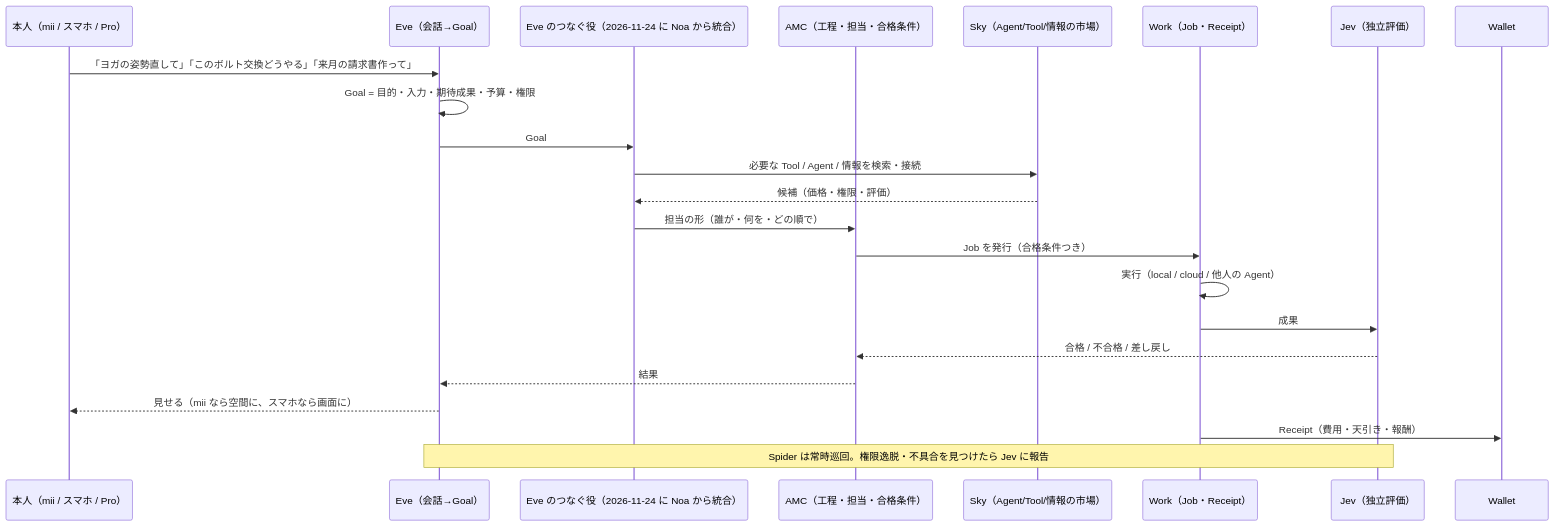
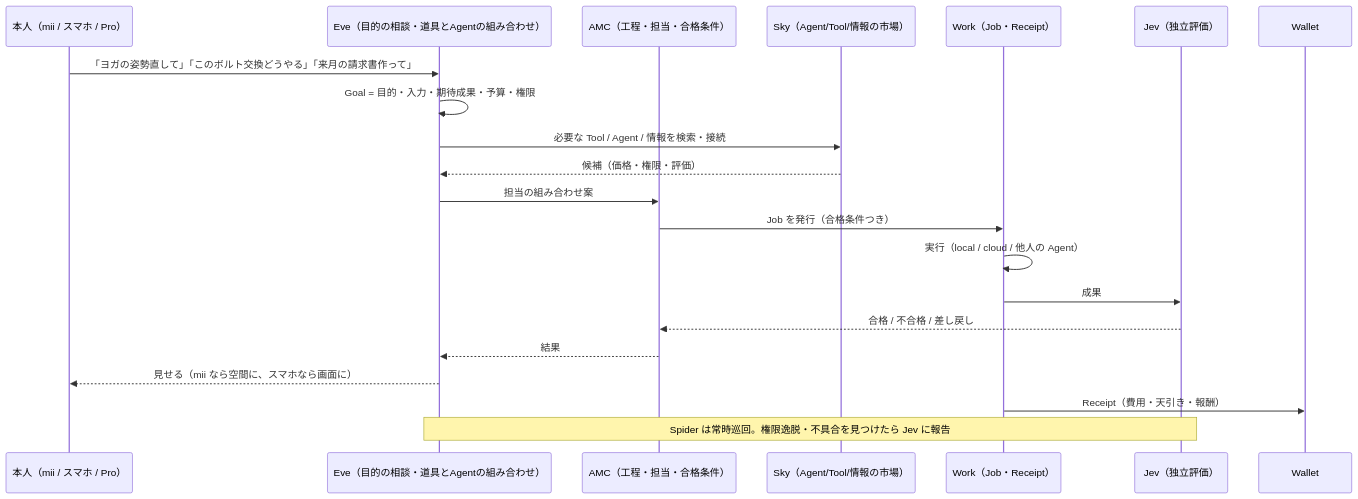
The diagram in docs/structure/04-eve-noa-amc-sky.md (k999ln/rock), drawn with Mermaid before and after one commit. The commit also changed other lines of this file and 4 other files, not shown here.

````diff
--- a/docs/structure/04-eve-noa-amc-sky.md
+++ b/docs/structure/04-eve-noa-amc-sky.md
@@ -137,25 +137,23 @@
 ```mermaid
 sequenceDiagram
   participant U as 本人（mii / スマホ / Pro）
-  participant E as Eve（会話→Goal）
-  participant N as Eve のつなぐ役（2026-11-24 に Noa から統合）
+  participant E as Eve（目的の相談・道具とAgentの組み合わせ）
   participant A as AMC（工程・担当・合格条件）
   participant S as Sky（Agent/Tool/情報の市場）
   participant W as Work（Job・Receipt）
   participant J as Jev（独立評価）
   participant WA as Wallet
   U->>E: 「ヨガの姿勢直して」「このボルト交換どうやる」「来月の請求書作って」
   E->>E: Goal = 目的・入力・期待成果・予算・権限
-  E->>N: Goal
-  N->>S: 必要な Tool / Agent / 情報を検索・接続
-  S-->>N: 候補（価格・権限・評価）
-  N->>A: 担当の形（誰が・何を・どの順で）
+  E->>S: 必要な Tool / Agent / 情報を検索・接続
+  S-->>E: 候補（価格・権限・評価）
+  E->>A: 担当の組み合わせ案
   A->>W: Job を発行（合格条件つき）
   W->>W: 実行（local / cloud / 他人の Agent）
   W->>J: 成果
   J-->>A: 合格 / 不合格 / 差し戻し
   A-->>E: 結果
   E-->>U: 見せる（mii なら空間に、スマホなら画面に）
   W->>WA: Receipt（費用・天引き・報酬）
   Note over E,J: Spider は常時巡回。権限逸脱・不具合を見つけたら Jev に報告
 ```
````
